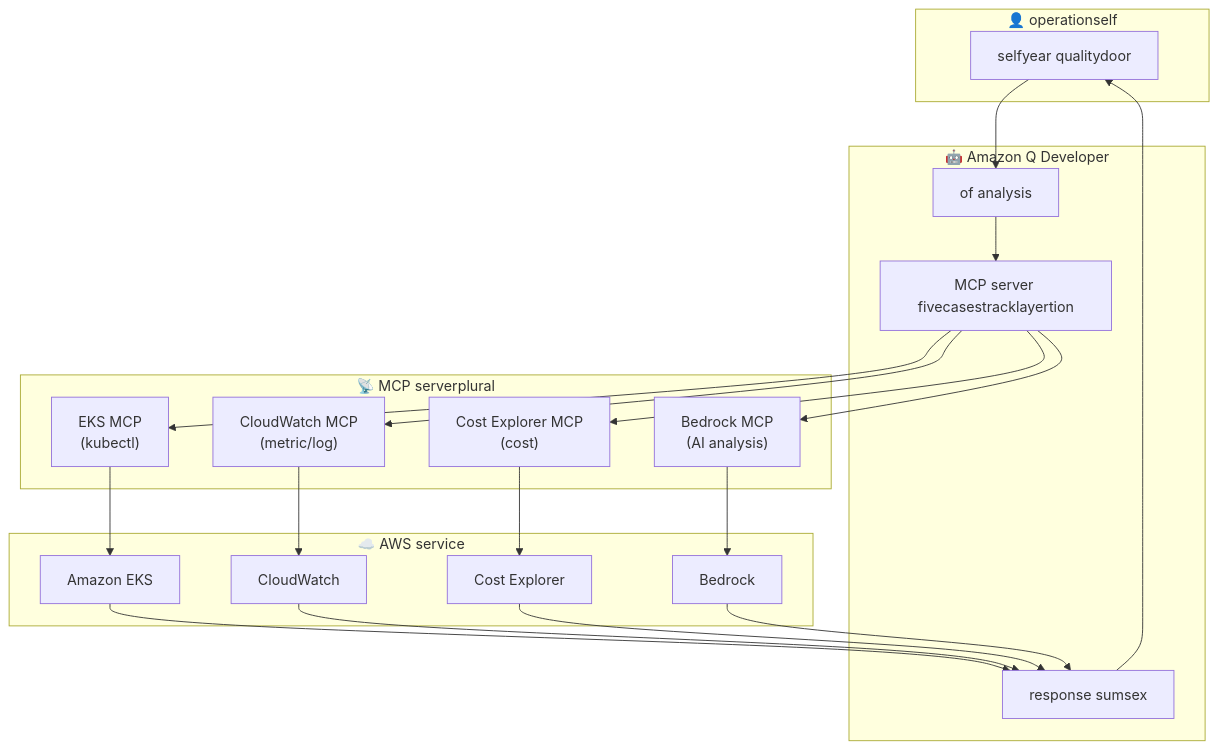
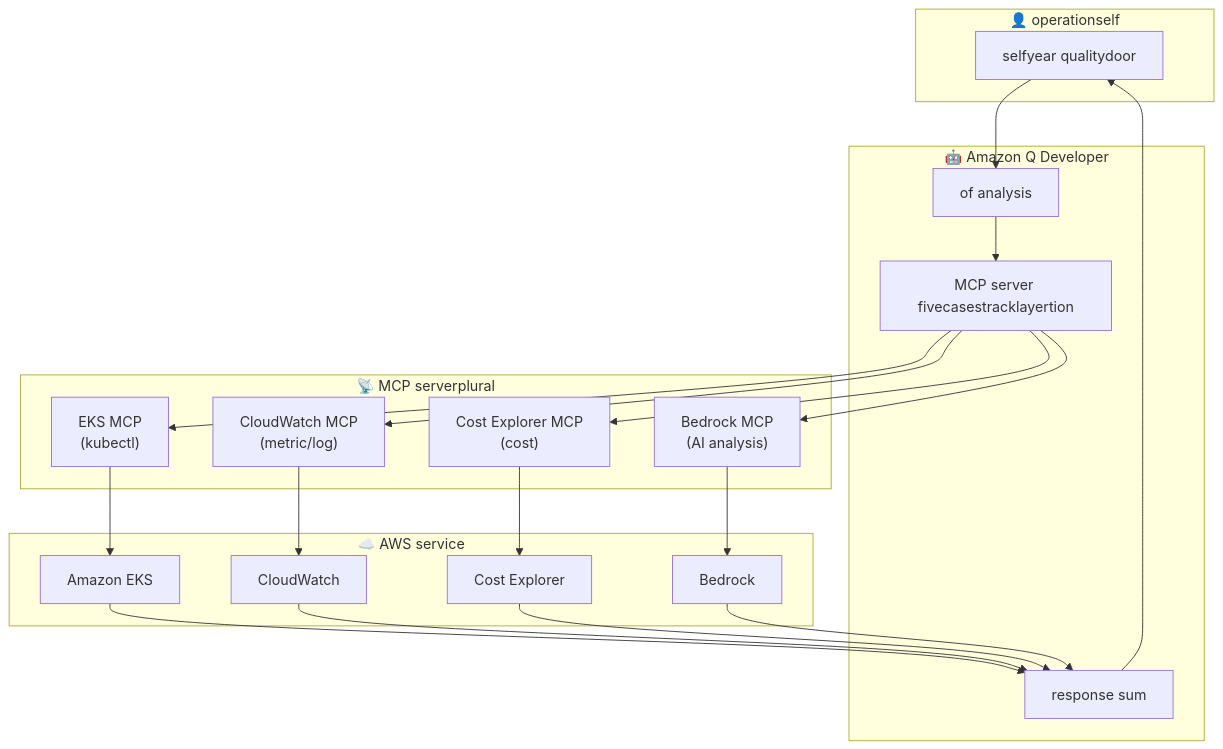
Before and after one commit to devfloor9/engineering-playbook: the seventh of 13 diagrams in i18n/en/docusaurus-plugin-content-docs/current/aiops-aidlc/aiops-predictive-operations.md, drawn with Mermaid. The commit also changed other lines of this file, not shown here.

````diff
--- a/i18n/en/docusaurus-plugin-content-docs/current/aiops-aidlc/aiops-predictive-operations.md
+++ b/i18n/en/docusaurus-plugin-content-docs/current/aiops-aidlc/aiops-predictive-operations.md
@@ -1666,42 +1658,39 @@
 ```mermaid
 graph TD
 subgraph User["👤 operationself"]
 NL["selfyear qualitydoor"]
 end
 
 subgraph QDev["🤖 Amazon Q Developer"]
 INTENT["of analysis"]
 ORCHESTRATE["MCP server fivecasestracklayertion"]
-SYNTHESIZE["response sumsex"]
+SYNTHESIZE["response sum"]
 end
 
 subgraph MCP["📡 MCP serverplural"]
 EKS_MCP["EKS MCP<br/>(kubectl)"]
 CW_MCP["CloudWatch MCP<br/>(metric/log)"]
 CE_MCP["Cost Explorer MCP<br/>(cost)"]
 BEDROCK_MCP["Bedrock MCP<br/>(AI analysis)"]
 end
 
 subgraph AWS["☁️ AWS service"]
 EKS["Amazon EKS"]
 CW["CloudWatch"]
 CE["Cost Explorer"]
 BEDROCK["Bedrock"]
 end
 
-NL --> INTENT
-INTENT --> ORCHESTRATE
-ORCHESTRATE --> EKS_MCP
+NL --> INTENT --> ORCHESTRATE --> EKS_MCP
 ORCHESTRATE --> CW_MCP
 ORCHESTRATE --> CE_MCP
 ORCHESTRATE --> BEDROCK_MCP
 EKS_MCP --> EKS
 CW_MCP --> CW
 CE_MCP --> CE
 BEDROCK_MCP --> BEDROCK
 EKS --> SYNTHESIZE
 CW --> SYNTHESIZE
 CE --> SYNTHESIZE
-BEDROCK --> SYNTHESIZE
-SYNTHESIZE --> NL
+BEDROCK --> SYNTHESIZE --> NL
 ```
````
